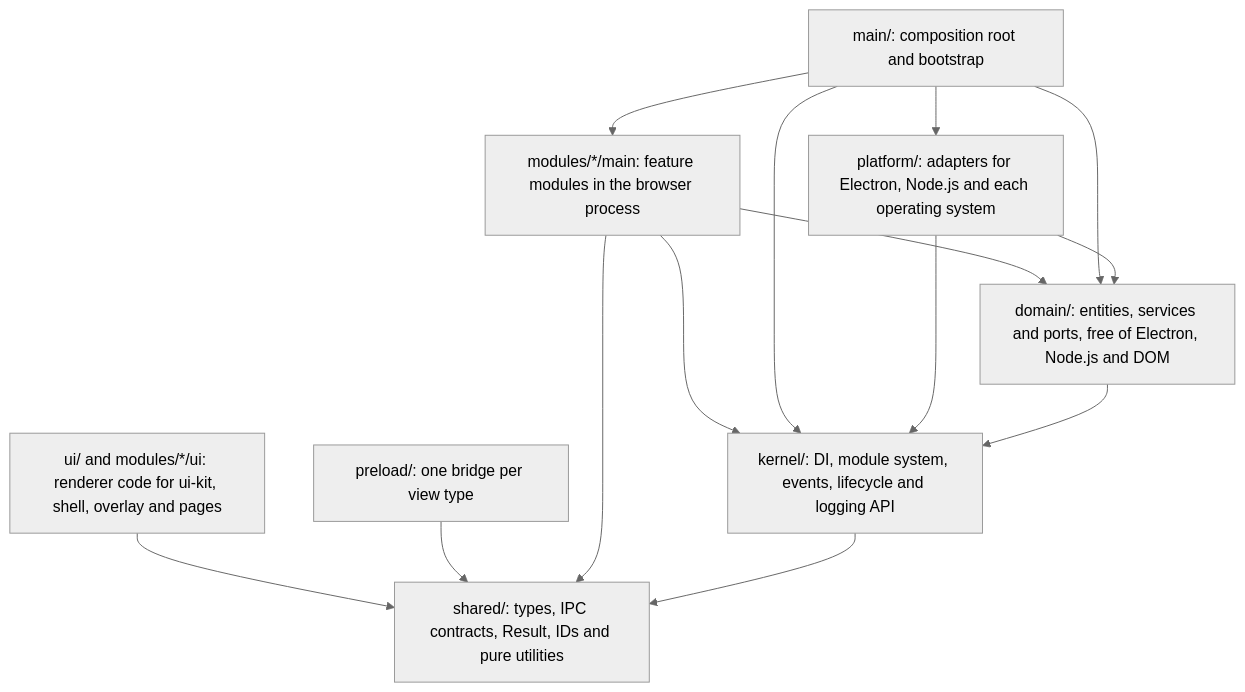
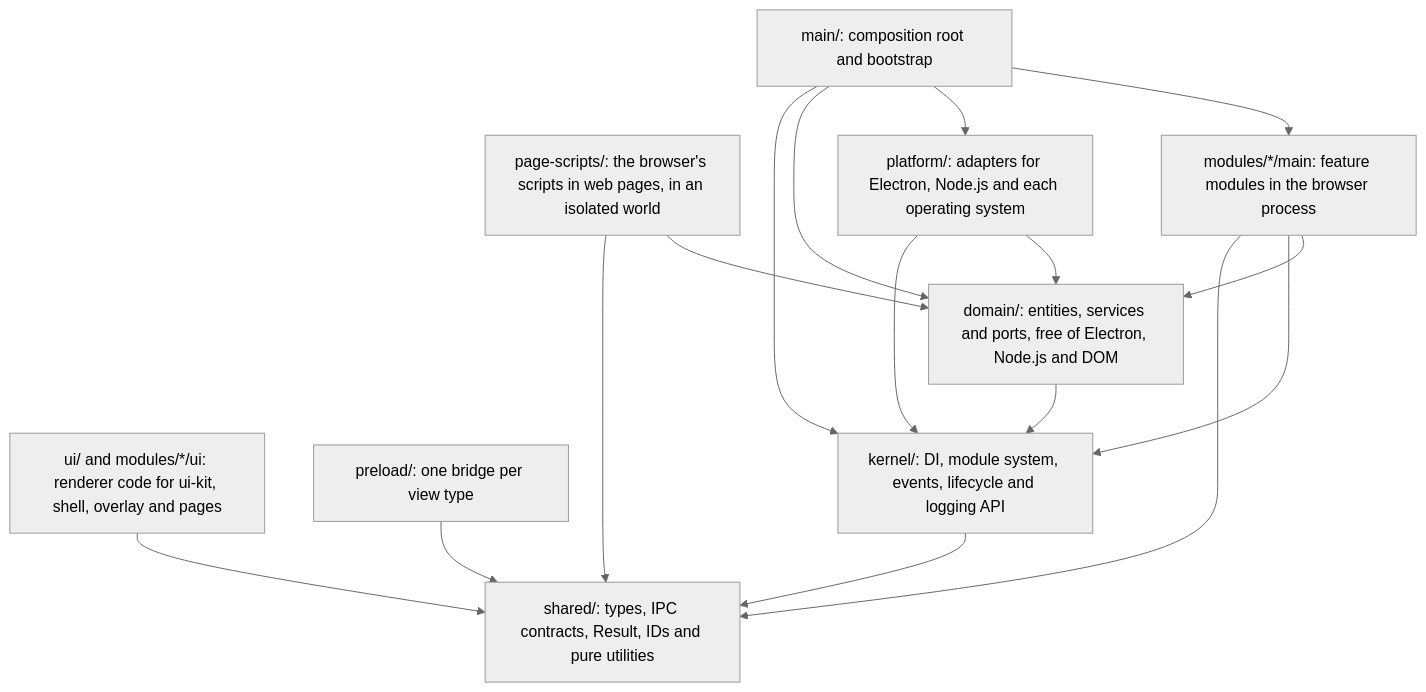
Before and after one commit to Secoolioo/astela: the second of 4 diagrams in docs/architecture/overview.md, drawn with Mermaid (neutral theme). The commit also changed other lines of this file and 95 other files, not shown here.

Commit message:
feat(reader): show the article of a page in a reader view that follows the look of the browser (#188)

````diff
--- a/docs/architecture/overview.md
+++ b/docs/architecture/overview.md
@@ -77,14 +77,16 @@
 ```mermaid
 flowchart TB
   UI["ui/ and modules/*/ui: renderer code for ui-kit, shell, overlay and pages"] --> SHARED
   PRE["preload/: one bridge per view type"] --> SHARED
+  PS["page-scripts/: the browser's scripts in web pages, in an isolated world"] --> DOMAIN
+  PS --> SHARED
   MOD["modules/*/main: feature modules in the browser process"] --> DOMAIN
   MOD --> KERNEL
   MOD --> SHARED
   MAIN["main/: composition root and bootstrap"] --> MOD & PLATFORM & DOMAIN & KERNEL
   PLATFORM["platform/: adapters for Electron, Node.js and each operating system"] --> DOMAIN
   PLATFORM --> KERNEL
   DOMAIN["domain/: entities, services and ports, free of Electron, Node.js and DOM"] --> KERNEL
   KERNEL["kernel/: DI, module system, events, lifecycle and logging API"] --> SHARED
   SHARED["shared/: types, IPC contracts, Result, IDs and pure utilities"]
 ```
````
